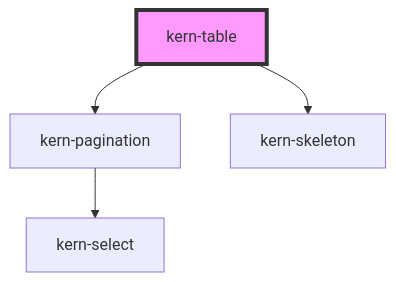
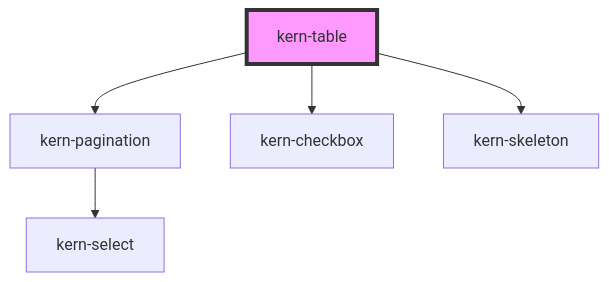
The diagram in src/components/kern-table/readme.md (yfridelance/kern), drawn with Mermaid before and after one commit. The commit also changed other lines of this file and 8 other files, not shown here.

First line of the commit message:
kern-table: auswählbare Zeilen (selectable)

````diff
--- a/src/components/kern-table/readme.md
+++ b/src/components/kern-table/readme.md
@@ -388,7 +471,8 @@
 ```mermaid
 graph TD;
   kern-table --> kern-pagination
+  kern-table --> kern-checkbox
   kern-table --> kern-skeleton
   kern-pagination --> kern-select
   style kern-table fill:#f9f,stroke:#333,stroke-width:4px
 ```
````
